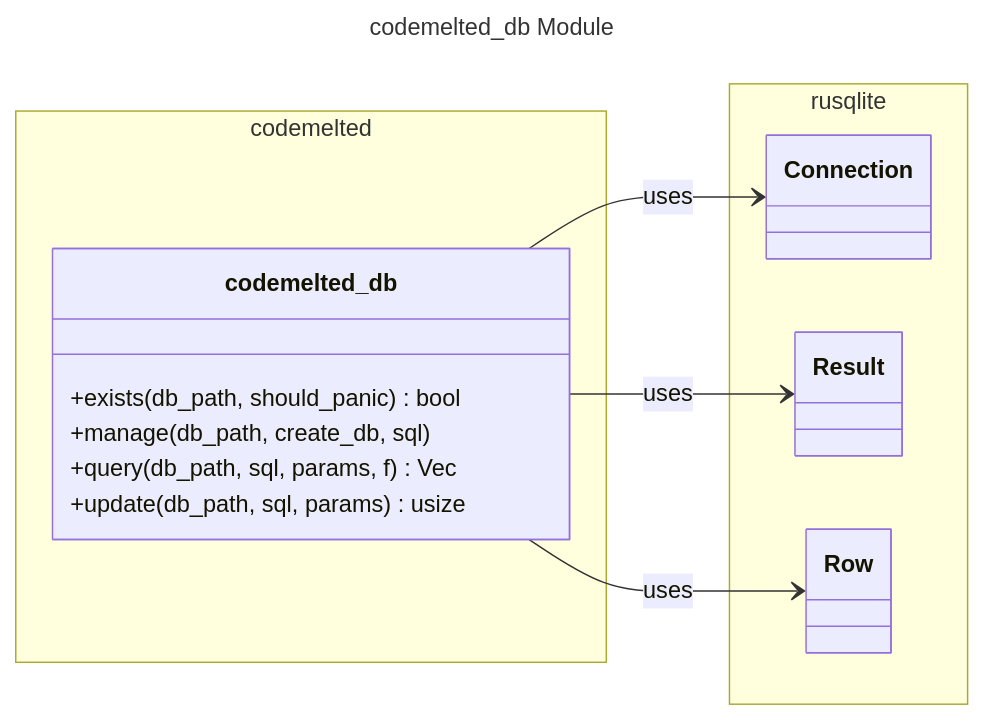
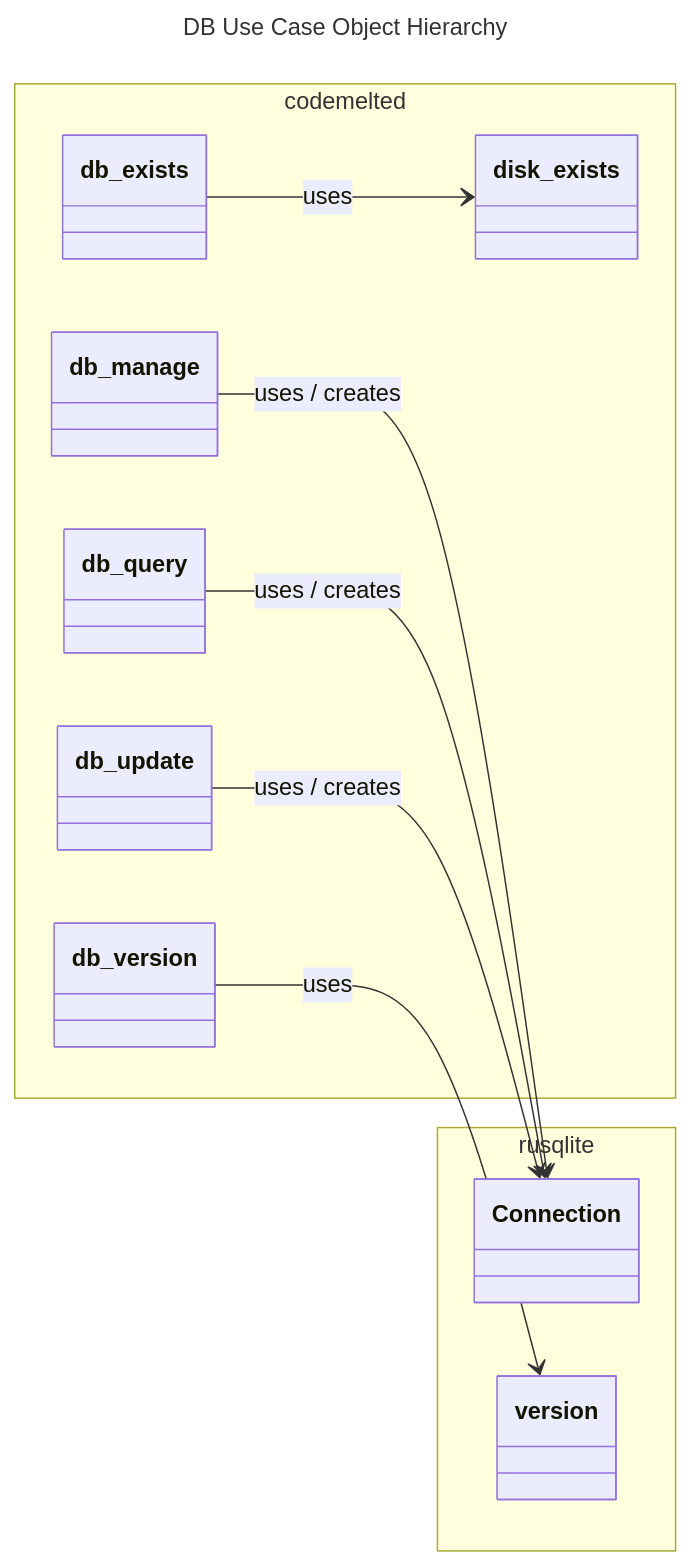
One commit to CodeMelted/codemelted_developer changed the diagram in codemelted_rust/models/codemelted_db.mmd. Above: the diagram before and after it, drawn with Mermaid. The commit also changed 46 other files, not shown here.

```diff
--- a/codemelted_rust/models/codemelted_db.mmd
+++ b/codemelted_rust/models/codemelted_db.mmd
@@ -1,21 +1,22 @@
 ---
-title: codemelted_db Module
+title: DB Use Case Object Hierarchy
 ---
 classDiagram
   direction LR
   namespace codemelted {
-    class codemelted_db {
-      +exists(db_path, should_panic) bool
-      +manage(db_path, create_db, sql)
-      +query(db_path, sql, params, f) Vec
-      +update(db_path, sql, params) usize
-    }
+    class db_exists
+    class db_manage
+    class db_query
+    class db_update
+    class db_version
+    class disk_exists
   }
   namespace rusqlite {
     class Connection
-    class Result
-    class Row
+    class version
   }
-  codemelted_db --> Connection : uses
-  codemelted_db --> Result : uses
-  codemelted_db --> Row : uses
+  db_exists --> disk_exists: uses
+  db_manage --> Connection: uses / creates
+  db_query --> Connection: uses / creates
+  db_update --> Connection: uses / creates
+  db_version --> version: uses
```
